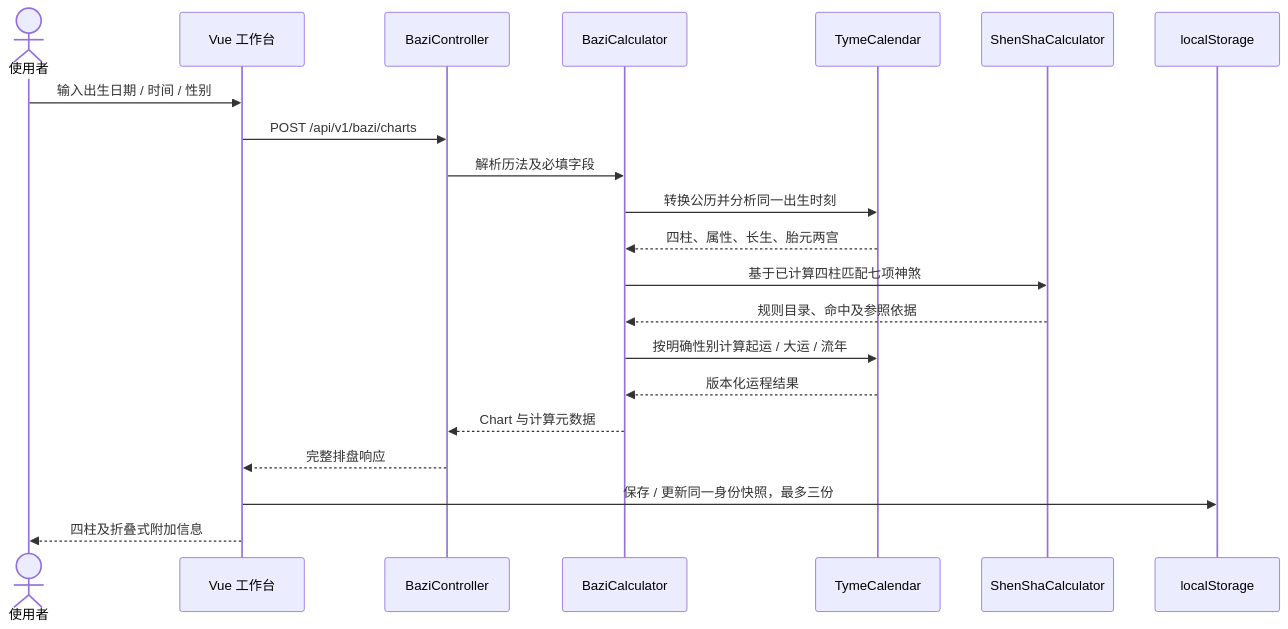
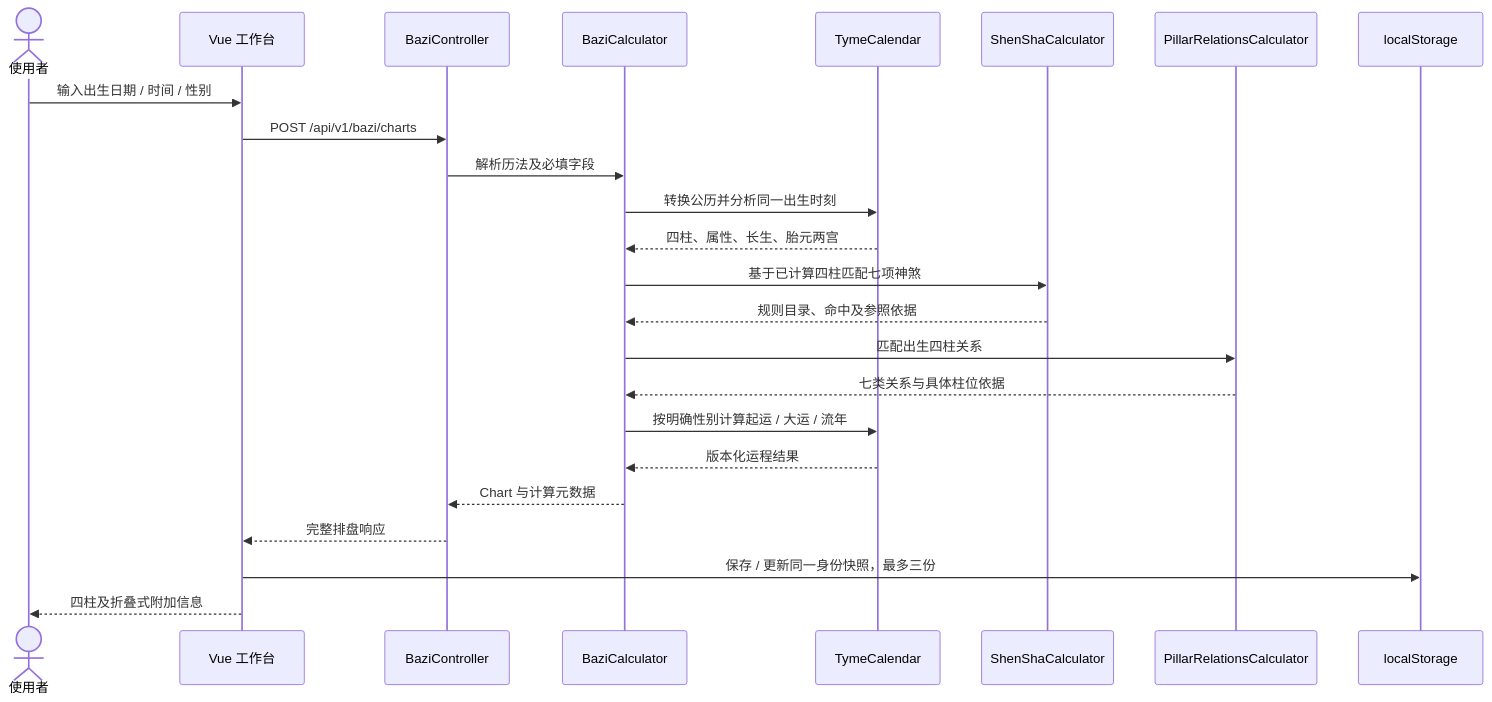
The second of 3 diagrams in docs/architecture/README.md (daimubai/fate-stay-research), drawn with Mermaid before and after one commit. The commit also changed other lines of this file and 19 other files, not shown here.

````diff
--- a/docs/architecture/README.md
+++ b/docs/architecture/README.md
@@ -46,23 +47,26 @@
 ```mermaid
 sequenceDiagram
     actor User as 使用者
     participant UI as Vue 工作台
     participant API as BaziController
     participant Core as BaziCalculator
     participant Cal as TymeCalendar
     participant Rules as ShenShaCalculator
+    participant Relations as PillarRelationsCalculator
     participant Cache as localStorage
     User->>UI: 输入出生日期 / 时间 / 性别
     UI->>API: POST /api/v1/bazi/charts
     API->>Core: 解析历法及必填字段
     Core->>Cal: 转换公历并分析同一出生时刻
     Cal-->>Core: 四柱、属性、长生、胎元两宫
     Core->>Rules: 基于已计算四柱匹配七项神煞
     Rules-->>Core: 规则目录、命中及参照依据
+    Core->>Relations: 匹配出生四柱关系
+    Relations-->>Core: 七类关系与具体柱位依据
     Core->>Cal: 按明确性别计算起运 / 大运 / 流年
     Cal-->>Core: 版本化运程结果
     Core-->>API: Chart 与计算元数据
     API-->>UI: 完整排盘响应
     UI->>Cache: 保存 / 更新同一身份快照，最多三份
     UI-->>User: 四柱及折叠式附加信息
 ```
````
